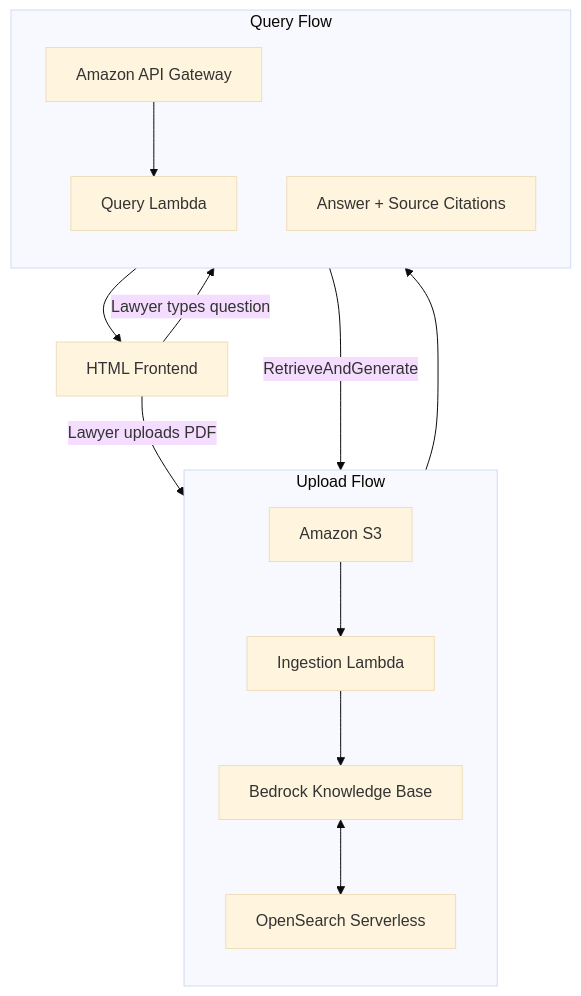
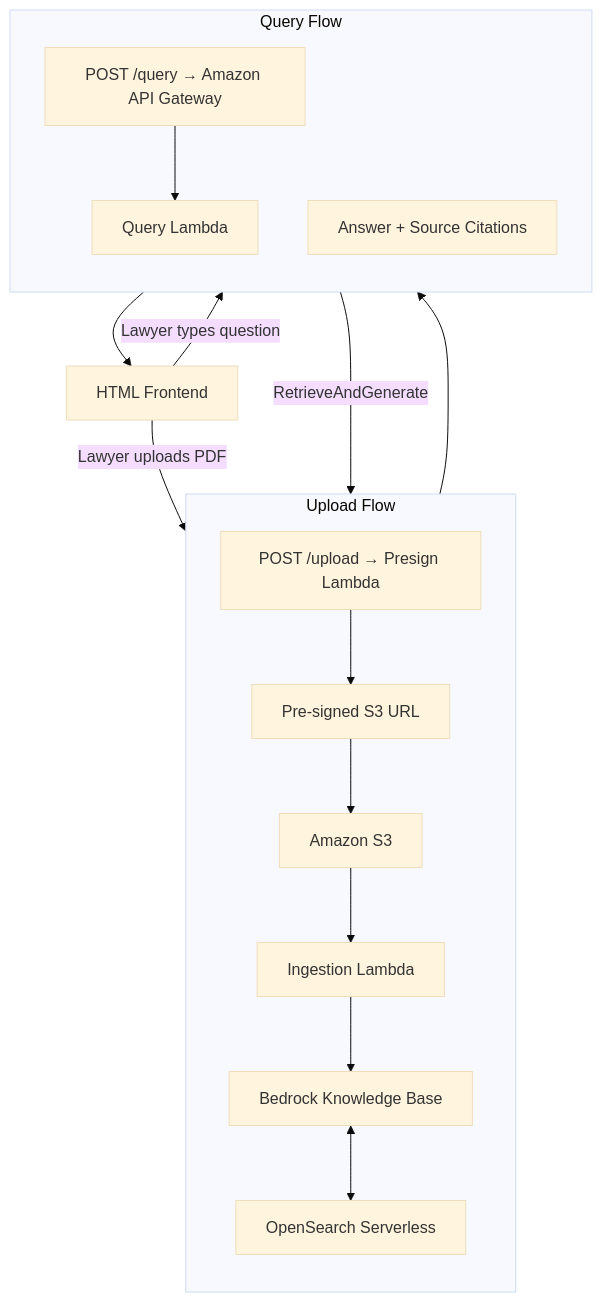
Before and after one commit to nathanielkay11-tech/aws-bedrock-rag-pipeline: the diagram in README.md, drawn with Mermaid (base theme). The commit also changed 1 other file, not shown here.

Commit message:
docs: update architecture diagram, ADR-010, ADR-014, add ADR-017 presign Lambda

````diff
--- a/README.md
+++ b/README.md
@@ -150,25 +150,27 @@
 ```mermaid
 graph TD
     UI[HTML Frontend]
 
     subgraph Upload Flow
         direction TD
-        A1[Amazon S3]
-        A2[Ingestion Lambda]
-        A3[Bedrock Knowledge Base]
-        A4[OpenSearch Serverless]
-        A1 --> A2 --> A3 <--> A4
+        A1[POST /upload → Presign Lambda]
+        A2[Pre-signed S3 URL]
+        A3[Amazon S3]
+        A4[Ingestion Lambda]
+        A5[Bedrock Knowledge Base]
+        A6[OpenSearch Serverless]
+        A1 --> A2 --> A3 --> A4 --> A5 <--> A6
     end
 
     subgraph Query Flow
         direction TD
-        B1[Amazon API Gateway]
+        B1[POST /query → Amazon API Gateway]
         B2[Query Lambda]
         B4[Answer + Source Citations]
-        B1 --> B2 -->|RetrieveAndGenerate| A3 --> B4
+        B1 --> B2 -->|RetrieveAndGenerate| A5 --> B4
     end
 
     UI -->|Lawyer uploads PDF| A1
     UI -->|Lawyer types question| B1
     B4 --> UI
 ```
````
